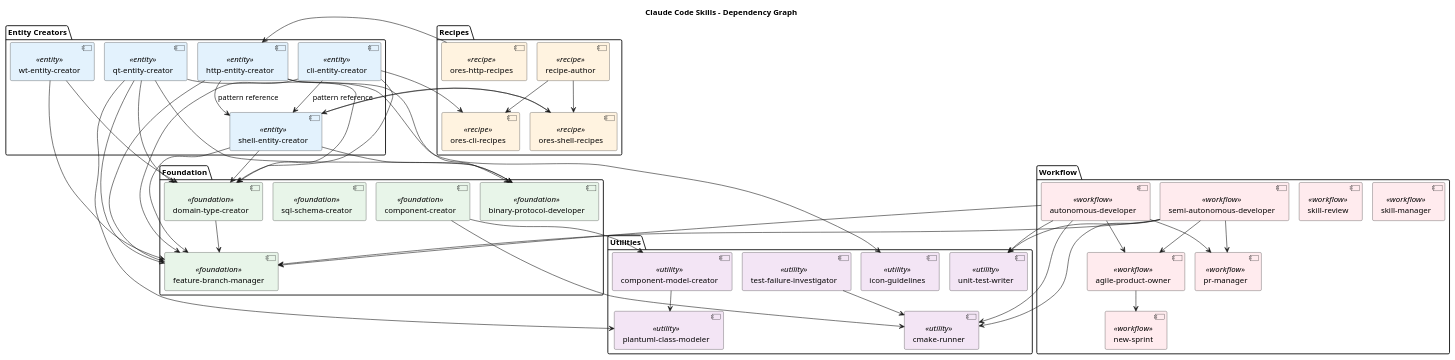
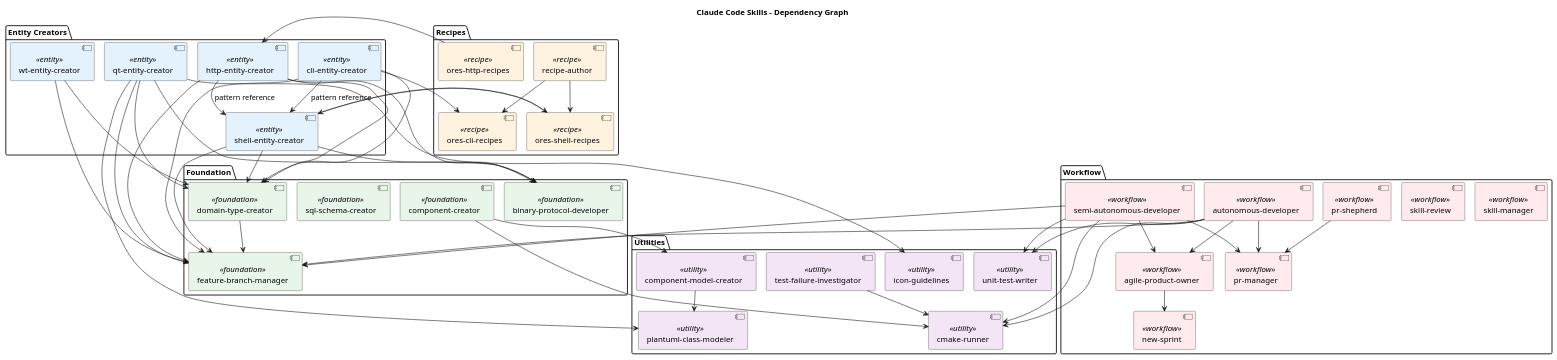
One commit to OreStudio/OreStudio changed the diagram in doc/skills/modeling/skill_dependencies.puml. Above: the diagram before and after it, drawn with PlantUML. The commit also changed 2 other files, not shown here.

Commit message:
[skills] Add pr-shepherd skill
Autonomously monitors a PR after creation: waits 10 minutes, addresses review
comments, checks CI status, and loops every 10 minutes — fixing failures and
pushing — until all checks are green.

```diff
--- a/doc/skills/modeling/skill_dependencies.puml
+++ b/doc/skills/modeling/skill_dependencies.puml
@@ -17,143 +17,147 @@
 @startuml skill_dependencies
 !pragma layout smetana
 
 title Claude Code Skills - Dependency Graph
 
 ' Styling
 skinparam component {
     BackgroundColor<<foundation>> #E8F5E9
     BackgroundColor<<entity>> #E3F2FD
     BackgroundColor<<recipe>> #FFF3E0
     BackgroundColor<<utility>> #F3E5F5
     BackgroundColor<<workflow>> #FFEBEE
 }
 
 ' =============================================================================
 ' Foundation Skills
 ' Skills that provide core functionality used by many other skills
 ' =============================================================================
 package "Foundation" {
     [domain-type-creator] <<foundation>> as dtc
     [binary-protocol-developer] <<foundation>> as bpd
     [feature-branch-manager] <<foundation>> as fbm
     [sql-schema-creator] <<foundation>> as ssc
     [component-creator] <<foundation>> as cc
 }
 
 ' =============================================================================
 ' Entity Creator Skills
 ' Skills for creating entity support across different layers
 ' =============================================================================
 package "Entity Creators" {
     [qt-entity-creator] <<entity>> as qt
     [shell-entity-creator] <<entity>> as shell
     [http-entity-creator] <<entity>> as http
     [cli-entity-creator] <<entity>> as cli
     [wt-entity-creator] <<entity>> as wt
 }
 
 ' =============================================================================
 ' Recipe Skills
 ' Skills for maintaining executable documentation
 ' =============================================================================
 package "Recipes" {
     [recipe-author] <<recipe>> as ra
     [ores-shell-recipes] <<recipe>> as osr
     [ores-cli-recipes] <<recipe>> as ocr
     [ores-http-recipes] <<recipe>> as ohr
 }
 
 ' =============================================================================
 ' Utility Skills
 ' Supporting skills for specific tasks
 ' =============================================================================
 package "Utilities" {
     [icon-guidelines] <<utility>> as icon
     [plantuml-class-modeler] <<utility>> as puml
     [cmake-runner] <<utility>> as cmake
     [unit-test-writer] <<utility>> as utw
     [component-model-creator] <<utility>> as cmc
     [test-failure-investigator] <<utility>> as tfi
 }
 
 ' =============================================================================
 ' Workflow Skills
 ' Skills for development workflow and process
 ' =============================================================================
 package "Workflow" {
     [agile-product-owner] <<workflow>> as apo
     [new-sprint] <<workflow>> as ns
     [skill-manager] <<workflow>> as sm
     [skill-review] <<workflow>> as sr
     [pr-manager] <<workflow>> as prm
+    [pr-shepherd] <<workflow>> as prs
     [autonomous-developer] <<workflow>> as ad
     [semi-autonomous-developer] <<workflow>> as sad
 }
 
 ' =============================================================================
 ' Dependencies
 ' Arrows show "references" relationship (A --> B means A references B)
 ' =============================================================================
 
 ' Foundation internal
 dtc --> fbm
 cc --> cmc
 cc --> cmake
 
 ' Qt entity creator dependencies
 qt --> dtc
 qt --> bpd
 qt --> fbm
 qt --> icon
 qt --> puml
 
 ' Shell entity creator dependencies
 shell --> dtc
 shell --> bpd
 shell --> fbm
 shell --> osr
 
 ' HTTP entity creator dependencies
 http --> dtc
 http --> bpd
 http --> fbm
 http --> shell : "pattern reference"
 
 ' CLI entity creator dependencies
 cli --> dtc
 cli --> fbm
 cli --> ocr
 cli --> shell : "pattern reference"
 
 ' Wt entity creator dependencies
 wt --> dtc
 wt --> fbm
 
 ' Recipe skill dependencies
 ra --> osr
 ra --> ocr
 osr --> shell
 ohr --> http
 
 ' Workflow dependencies
 apo --> ns
 
+' PR shepherd dependencies
+prs --> prm
+
 ' Autonomous developer dependencies
 ad --> apo
 ad --> prm
 ad --> fbm
 ad --> cmake
 ad --> utw
 
 ' Semi-autonomous developer dependencies
 sad --> apo
 sad --> prm
 sad --> fbm
 sad --> cmake
 sad --> utw
 
 ' Utility dependencies
 cmc --> puml
 tfi --> cmake
 
 @enduml
```
